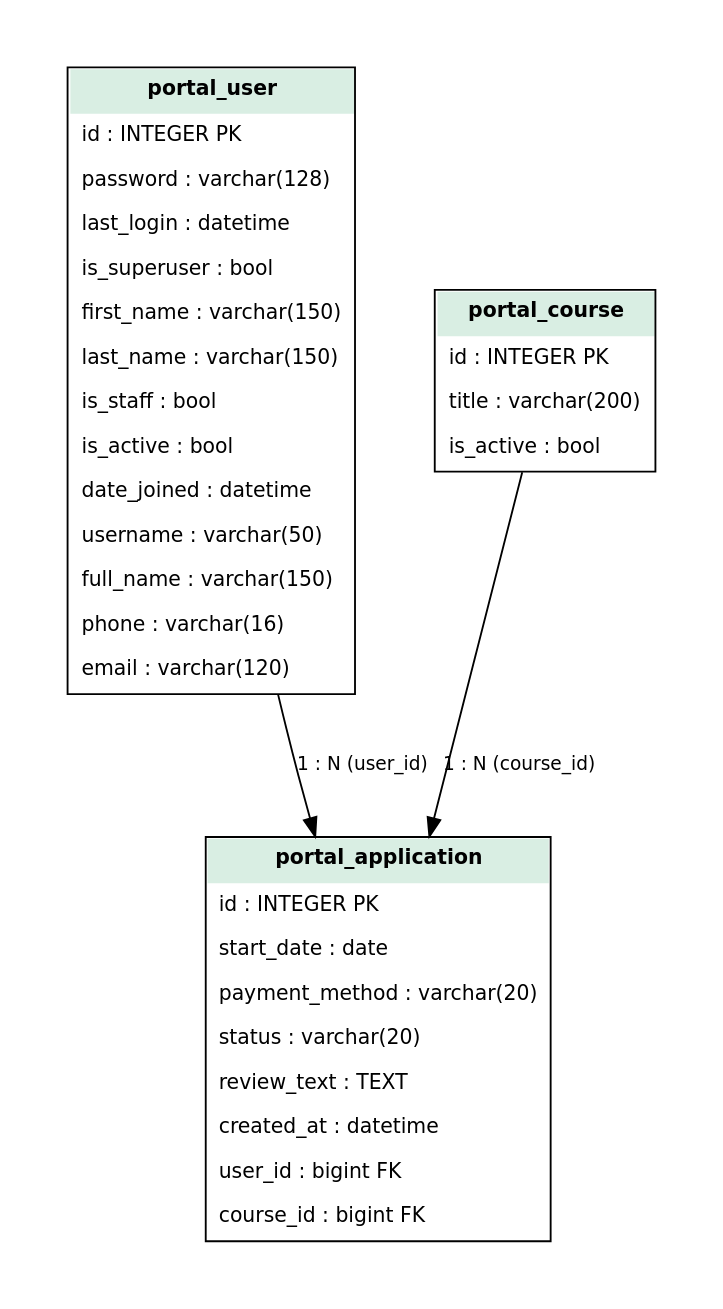
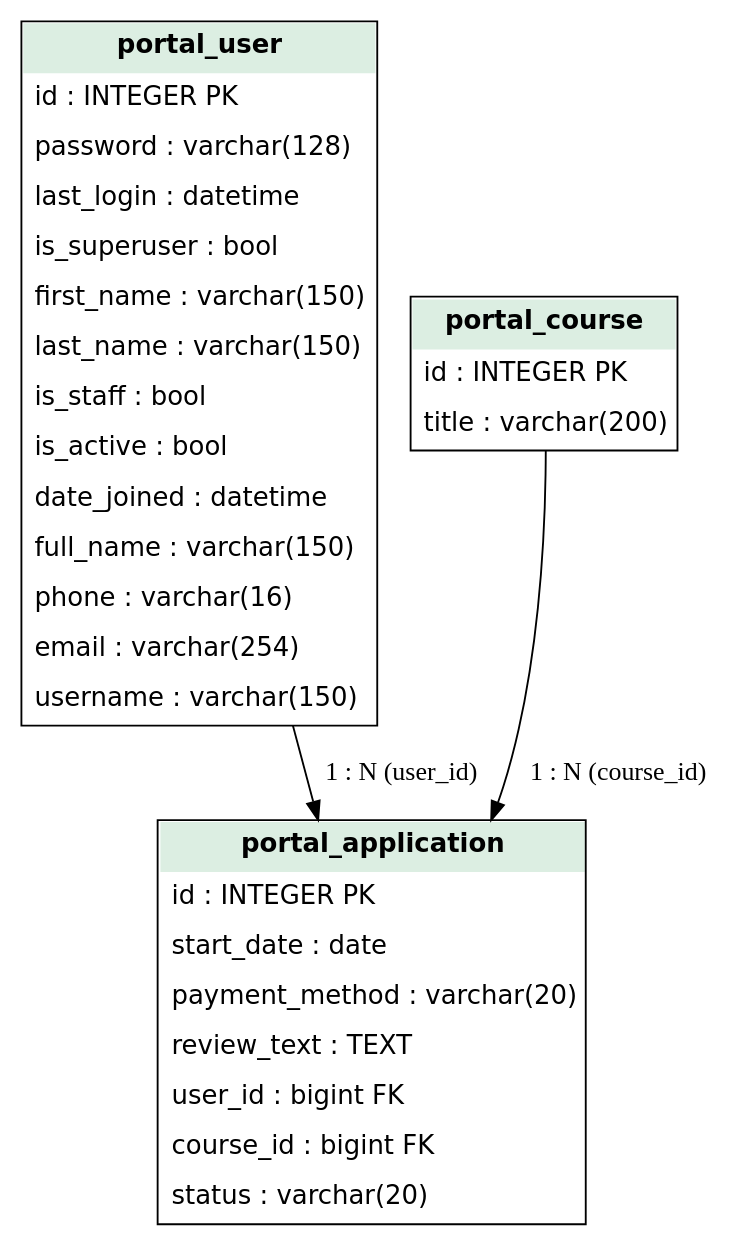
One commit to abramyan042001-create/Demo changed the diagram in db/er_diagram.dot. Above: the diagram before and after it, drawn with Graphviz. The commit also changed 55 other files, not shown here.

```diff
--- a/db/er_diagram.dot
+++ b/db/er_diagram.dot
@@ -1,10 +1,9 @@
-digraph ER { // Направленный граф описывает реальные связи бизнес-таблиц.
-rankdir=TB; // Связанные таблицы располагаются сверху вниз.
-graph [bgcolor="white", pad="0.4", nodesep="0.6", ranksep="0.9"]; // Настраиваем читаемые отступы диаграммы.
-node [shape=plain, fontname="DejaVu Sans", fontsize=11]; // Узлы будут таблицами с подписями полей.
-portal_user [label=<<TABLE BORDER="1" CELLBORDER="0" CELLSPACING="0" CELLPADDING="6"><TR><TD BGCOLOR="#d9eee3"><B>portal_user</B></TD></TR><TR><TD ALIGN="LEFT">id : INTEGER PK</TD></TR><TR><TD ALIGN="LEFT">password : varchar(128)</TD></TR><TR><TD ALIGN="LEFT">last_login : datetime</TD></TR><TR><TD ALIGN="LEFT">is_superuser : bool</TD></TR><TR><TD ALIGN="LEFT">first_name : varchar(150)</TD></TR><TR><TD ALIGN="LEFT">last_name : varchar(150)</TD></TR><TR><TD ALIGN="LEFT">is_staff : bool</TD></TR><TR><TD ALIGN="LEFT">is_active : bool</TD></TR><TR><TD ALIGN="LEFT">date_joined : datetime</TD></TR><TR><TD ALIGN="LEFT">username : varchar(50)</TD></TR><TR><TD ALIGN="LEFT">full_name : varchar(150)</TD></TR><TR><TD ALIGN="LEFT">phone : varchar(16)</TD></TR><TR><TD ALIGN="LEFT">email : varchar(120)</TD></TR></TABLE>>]; // Реальные поля таблицы portal_user.
-portal_course [label=<<TABLE BORDER="1" CELLBORDER="0" CELLSPACING="0" CELLPADDING="6"><TR><TD BGCOLOR="#d9eee3"><B>portal_course</B></TD></TR><TR><TD ALIGN="LEFT">id : INTEGER PK</TD></TR><TR><TD ALIGN="LEFT">title : varchar(200)</TD></TR><TR><TD ALIGN="LEFT">is_active : bool</TD></TR></TABLE>>]; // Реальные поля таблицы portal_course.
-portal_application [label=<<TABLE BORDER="1" CELLBORDER="0" CELLSPACING="0" CELLPADDING="6"><TR><TD BGCOLOR="#d9eee3"><B>portal_application</B></TD></TR><TR><TD ALIGN="LEFT">id : INTEGER PK</TD></TR><TR><TD ALIGN="LEFT">start_date : date</TD></TR><TR><TD ALIGN="LEFT">payment_method : varchar(20)</TD></TR><TR><TD ALIGN="LEFT">status : varchar(20)</TD></TR><TR><TD ALIGN="LEFT">review_text : TEXT</TD></TR><TR><TD ALIGN="LEFT">created_at : datetime</TD></TR><TR><TD ALIGN="LEFT">user_id : bigint FK</TD></TR><TR><TD ALIGN="LEFT">course_id : bigint FK</TD></TR></TABLE>>]; // Реальные поля таблицы portal_application.
-portal_course -> portal_application [label="1 : N (course_id)", fontname="DejaVu Sans", fontsize=10]; // Одна запись portal_course может иметь много заявок через course_id.
-portal_user -> portal_application [label="1 : N (user_id)", fontname="DejaVu Sans", fontsize=10]; // Одна запись portal_user может иметь много заявок через user_id.
-} // Завершаем граф связей бизнес-сущностей.
+digraph ER { // Схема прочитана из настоящей SQLite.
+rankdir=TB; // Родительские таблицы сверху, заявки снизу.
+node [shape=plain, fontname="DejaVu Sans"]; // Каждый узел отображается таблицей.
+portal_user [label=<<TABLE BORDER="1" CELLBORDER="0" CELLSPACING="0" CELLPADDING="6"><TR><TD BGCOLOR="#dceee2"><B>portal_user</B></TD></TR><TR><TD ALIGN="LEFT">id : INTEGER PK</TD></TR><TR><TD ALIGN="LEFT">password : varchar(128)</TD></TR><TR><TD ALIGN="LEFT">last_login : datetime</TD></TR><TR><TD ALIGN="LEFT">is_superuser : bool</TD></TR><TR><TD ALIGN="LEFT">first_name : varchar(150)</TD></TR><TR><TD ALIGN="LEFT">last_name : varchar(150)</TD></TR><TR><TD ALIGN="LEFT">is_staff : bool</TD></TR><TR><TD ALIGN="LEFT">is_active : bool</TD></TR><TR><TD ALIGN="LEFT">date_joined : datetime</TD></TR><TR><TD ALIGN="LEFT">full_name : varchar(150)</TD></TR><TR><TD ALIGN="LEFT">phone : varchar(16)</TD></TR><TR><TD ALIGN="LEFT">email : varchar(254)</TD></TR><TR><TD ALIGN="LEFT">username : varchar(150)</TD></TR></TABLE>>]; // Поля portal_user, прочитанные через PRAGMA.
+portal_course [label=<<TABLE BORDER="1" CELLBORDER="0" CELLSPACING="0" CELLPADDING="6"><TR><TD BGCOLOR="#dceee2"><B>portal_course</B></TD></TR><TR><TD ALIGN="LEFT">id : INTEGER PK</TD></TR><TR><TD ALIGN="LEFT">title : varchar(200)</TD></TR></TABLE>>]; // Поля portal_course, прочитанные через PRAGMA.
+portal_application [label=<<TABLE BORDER="1" CELLBORDER="0" CELLSPACING="0" CELLPADDING="6"><TR><TD BGCOLOR="#dceee2"><B>portal_application</B></TD></TR><TR><TD ALIGN="LEFT">id : INTEGER PK</TD></TR><TR><TD ALIGN="LEFT">start_date : date</TD></TR><TR><TD ALIGN="LEFT">payment_method : varchar(20)</TD></TR><TR><TD ALIGN="LEFT">review_text : TEXT</TD></TR><TR><TD ALIGN="LEFT">user_id : bigint FK</TD></TR><TR><TD ALIGN="LEFT">course_id : bigint FK</TD></TR><TR><TD ALIGN="LEFT">status : varchar(20)</TD></TR></TABLE>>]; // Поля portal_application, прочитанные через PRAGMA.
+portal_user -> portal_application [label="1 : N (user_id)"]; // Одна запись родителя связана со многими заявками.
+portal_course -> portal_application [label="1 : N (course_id)"]; // Одна запись родителя связана со многими заявками.
+} // Завершаем ER-граф.
```
